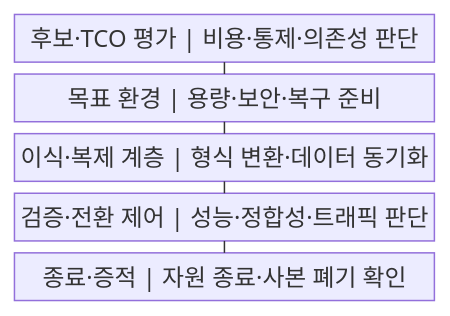
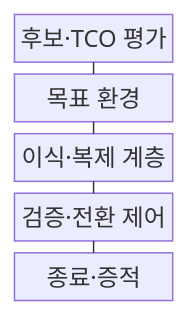
Before and after one commit to agnusdei1207/knowledge-base: the first of 2 diagrams in src/content/docs/notes/03-software/169_cloud_repatriation.md, drawn with Mermaid. The commit also changed other lines of this file and 238 other files, not shown here.

````diff
--- a/src/content/docs/notes/03-software/169_cloud_repatriation.md
+++ b/src/content/docs/notes/03-software/169_cloud_repatriation.md
@@ -54,13 +54,13 @@
 ```mermaid
-block
+block-beta
     columns 1
-    A["후보·TCO 평가 | 비용·통제·의존성 판단"]
-    B["목표 환경 | 용량·보안·복구 준비"]
-    C["이식·복제 계층 | 형식 변환·데이터 동기화"]
-    D["검증·전환 제어 | 성능·정합성·트래픽 판단"]
-    E["종료·증적 | 자원 종료·사본 폐기 확인"]
+    A["후보·TCO 평가"]
+    B["목표 환경"]
+    C["이식·복제 계층"]
+    D["검증·전환 제어"]
+    E["종료·증적"]
     A --- B
     B --- C
     C --- D
     D --- E
 ```
````
